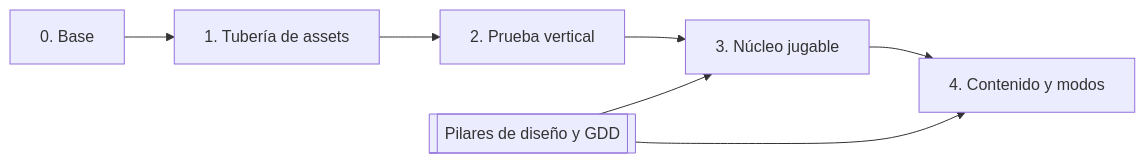
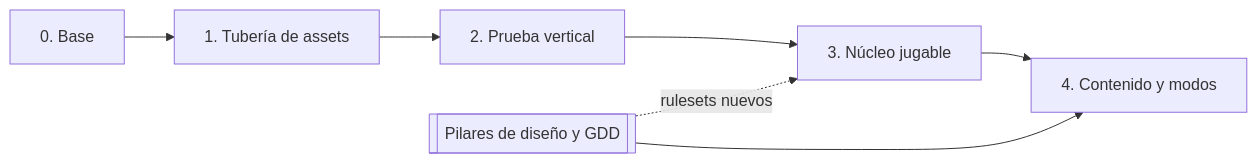
The diagram in docs/plan/README.md (Indie-Modding-Games/dw-engine), drawn with Mermaid before and after one commit. The commit also changed other lines of this file and 5 other files, not shown here.

````diff
--- a/docs/plan/README.md
+++ b/docs/plan/README.md
@@ -20,6 +20,6 @@
 ```mermaid
 flowchart LR
     f0[0. Base] --> f1[1. Tubería de assets] --> f2[2. Prueba vertical] --> f3[3. Núcleo jugable] --> f4[4. Contenido y modos]
-    gdd[[Pilares de diseño y GDD]] --> f3
+    gdd[[Pilares de diseño y GDD]] -.->|rulesets nuevos| f3
     gdd --> f4
 ```
````
